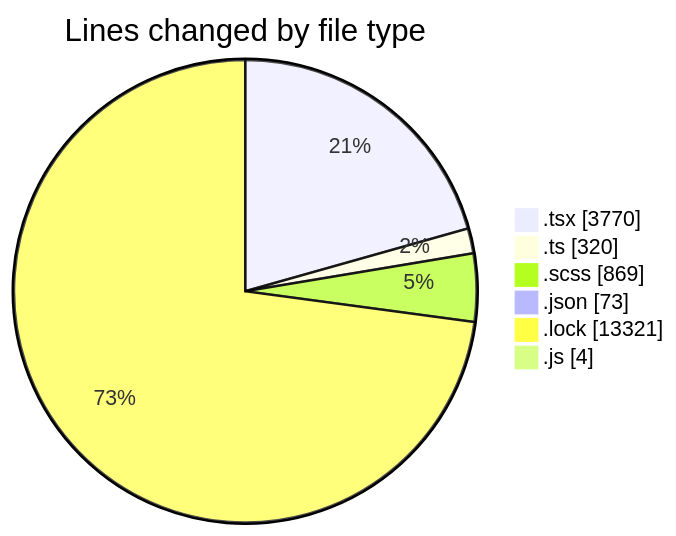
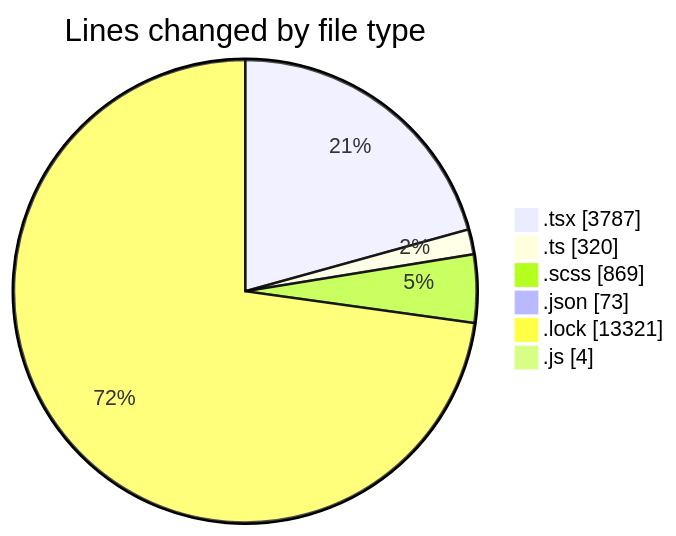
The first of 2 diagrams in 2025-02-12/cda/README.md (momahboobian/code-tracking), drawn with Mermaid before and after one commit. The commit also changed other lines of this file and 1 other file, not shown here.

````diff
--- a/2025-02-12/cda/README.md
+++ b/2025-02-12/cda/README.md
@@ -41,10 +41,10 @@
 ```mermaid
 pie showData
 title Lines changed by file type
-".tsx" : 3770
+".tsx" : 3787
 ".ts" : 320
 ".scss" : 869
 ".json" : 73
 ".lock" : 13321
 ".js" : 4
 ```
````
